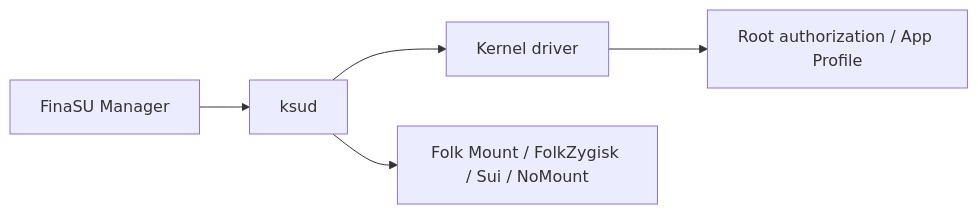
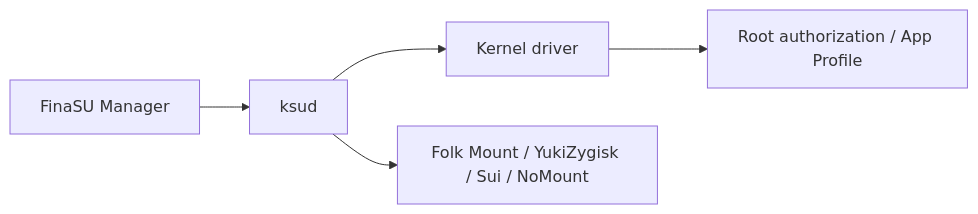
The diagram in website/docs/en/guide/intro.md (LxyaoX/FinaSU), drawn with Mermaid before and after one commit. The commit also changed other lines of this file and 135 other files, not shown here.

````diff
--- a/website/docs/en/guide/intro.md
+++ b/website/docs/en/guide/intro.md
@@ -23,7 +23,7 @@
 ```mermaid
 flowchart LR
     A["FinaSU Manager"] --> B["ksud"]
     B --> C["Kernel driver"]
-    B --> D["Folk Mount / FolkZygisk / Sui / NoMount"]
+    B --> D["Folk Mount / YukiZygisk / Sui / NoMount"]
     C --> E["Root authorization / App Profile"]
 ```
````
